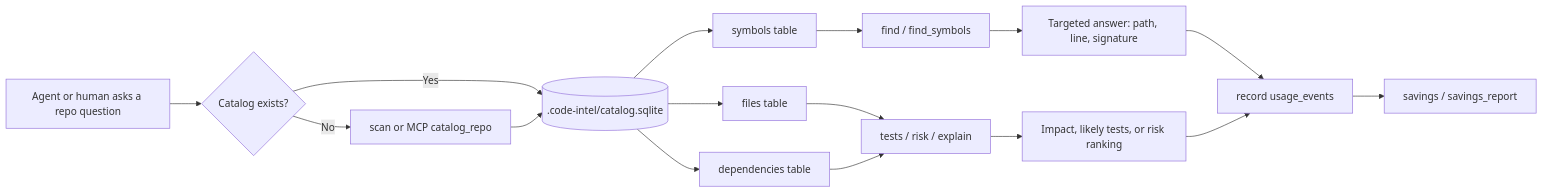
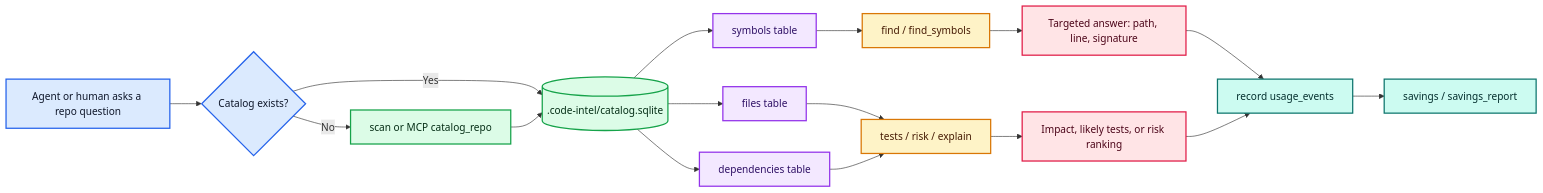
The first of 3 diagrams in README.md (marlonfcaraujo/code-intel), drawn with Mermaid before and after one commit. The commit also changed other lines of this file, not shown here.

Commit message:
docs: colorize mermaid diagrams

````diff
--- a/README.md
+++ b/README.md
@@ -245,18 +245,32 @@
 ```mermaid
 flowchart LR
     A["Agent or human asks a repo question"] --> B{"Catalog exists?"}
     B -->|No| C["scan or MCP catalog_repo"]
     B -->|Yes| D[(".code-intel/catalog.sqlite")]
     C --> D
     D --> E["files table"]
     D --> F["symbols table"]
     D --> G["dependencies table"]
     F --> H["find / find_symbols"]
     E --> I["tests / risk / explain"]
     G --> I
     H --> J["Targeted answer: path, line, signature"]
     I --> K["Impact, likely tests, or risk ranking"]
     J --> L["record usage_events"]
     K --> L
     L --> M["savings / savings_report"]
+
+    classDef question fill:#DBEAFE,stroke:#2563EB,color:#0F172A,stroke-width:2px
+    classDef catalog fill:#DCFCE7,stroke:#16A34A,color:#052E16,stroke-width:2px
+    classDef table fill:#F3E8FF,stroke:#9333EA,color:#2E1065,stroke-width:2px
+    classDef tool fill:#FEF3C7,stroke:#D97706,color:#451A03,stroke-width:2px
+    classDef answer fill:#FFE4E6,stroke:#E11D48,color:#4C0519,stroke-width:2px
+    classDef metric fill:#CCFBF1,stroke:#0F766E,color:#042F2E,stroke-width:2px
+
+    class A,B question
+    class C,D catalog
+    class E,F,G table
+    class H,I tool
+    class J,K answer
+    class L,M metric
 ```
````
